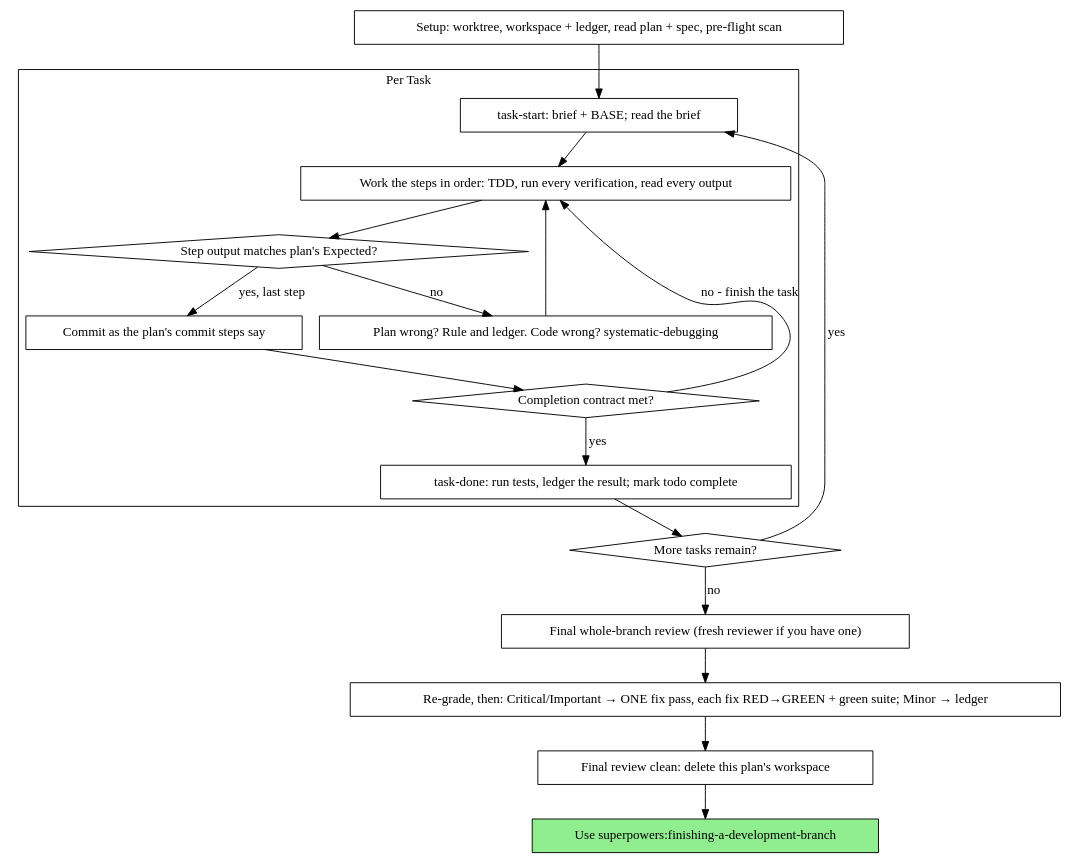
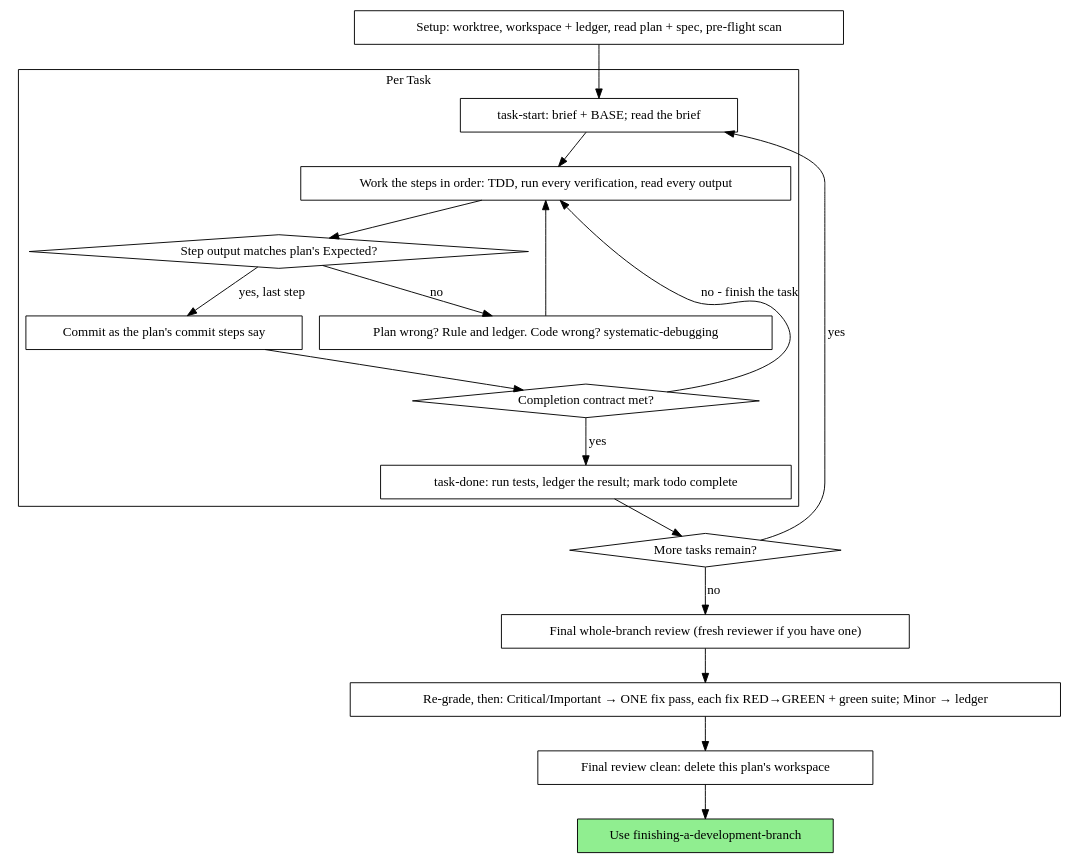
Before and after one commit to andrespick/Mi.agents: the diagram in skills/executing-plans/SKILL.md, drawn with Graphviz. The commit also changed other lines of this file and 57 other files, not shown here.

````diff
--- a/skills/executing-plans/SKILL.md
+++ b/skills/executing-plans/SKILL.md
@@ -68,39 +72,39 @@
 ```dot
 digraph process {
     rankdir=TB;
 
     subgraph cluster_per_task {
         label="Per Task";
         "task-start: brief + BASE; read the brief" [shape=box];
         "Work the steps in order: TDD, run every verification, read every output" [shape=box];
         "Step output matches plan's Expected?" [shape=diamond];
         "Plan wrong? Rule and ledger. Code wrong? systematic-debugging" [shape=box];
         "Commit as the plan's commit steps say" [shape=box];
         "Completion contract met?" [shape=diamond];
         "task-done: run tests, ledger the result; mark todo complete" [shape=box];
     }
 
     "Setup: worktree, workspace + ledger, read plan + spec, pre-flight scan" [shape=box];
     "More tasks remain?" [shape=diamond];
     "Final whole-branch review (fresh reviewer if you have one)" [shape=box];
     "Re-grade, then: Critical/Important → ONE fix pass, each fix RED→GREEN + green suite; Minor → ledger" [shape=box];
     "Final review clean: delete this plan's workspace" [shape=box];
-    "Use superpowers:finishing-a-development-branch" [shape=box style=filled fillcolor=lightgreen];
+    "Use finishing-a-development-branch" [shape=box style=filled fillcolor=lightgreen];
 
     "Setup: worktree, workspace + ledger, read plan + spec, pre-flight scan" -> "task-start: brief + BASE; read the brief";
     "task-start: brief + BASE; read the brief" -> "Work the steps in order: TDD, run every verification, read every output";
     "Work the steps in order: TDD, run every verification, read every output" -> "Step output matches plan's Expected?";
     "Step output matches plan's Expected?" -> "Plan wrong? Rule and ledger. Code wrong? systematic-debugging" [label="no"];
     "Plan wrong? Rule and ledger. Code wrong? systematic-debugging" -> "Work the steps in order: TDD, run every verification, read every output";
     "Step output matches plan's Expected?" -> "Commit as the plan's commit steps say" [label="yes, last step"];
     "Commit as the plan's commit steps say" -> "Completion contract met?";
     "Completion contract met?" -> "Work the steps in order: TDD, run every verification, read every output" [label="no - finish the task"];
     "Completion contract met?" -> "task-done: run tests, ledger the result; mark todo complete" [label="yes"];
     "task-done: run tests, ledger the result; mark todo complete" -> "More tasks remain?";
     "More tasks remain?" -> "task-start: brief + BASE; read the brief" [label="yes"];
     "More tasks remain?" -> "Final whole-branch review (fresh reviewer if you have one)" [label="no"];
     "Final whole-branch review (fresh reviewer if you have one)" -> "Re-grade, then: Critical/Important → ONE fix pass, each fix RED→GREEN + green suite; Minor → ledger";
     "Re-grade, then: Critical/Important → ONE fix pass, each fix RED→GREEN + green suite; Minor → ledger" -> "Final review clean: delete this plan's workspace";
-    "Final review clean: delete this plan's workspace" -> "Use superpowers:finishing-a-development-branch";
+    "Final review clean: delete this plan's workspace" -> "Use finishing-a-development-branch";
 }
 ```
````
